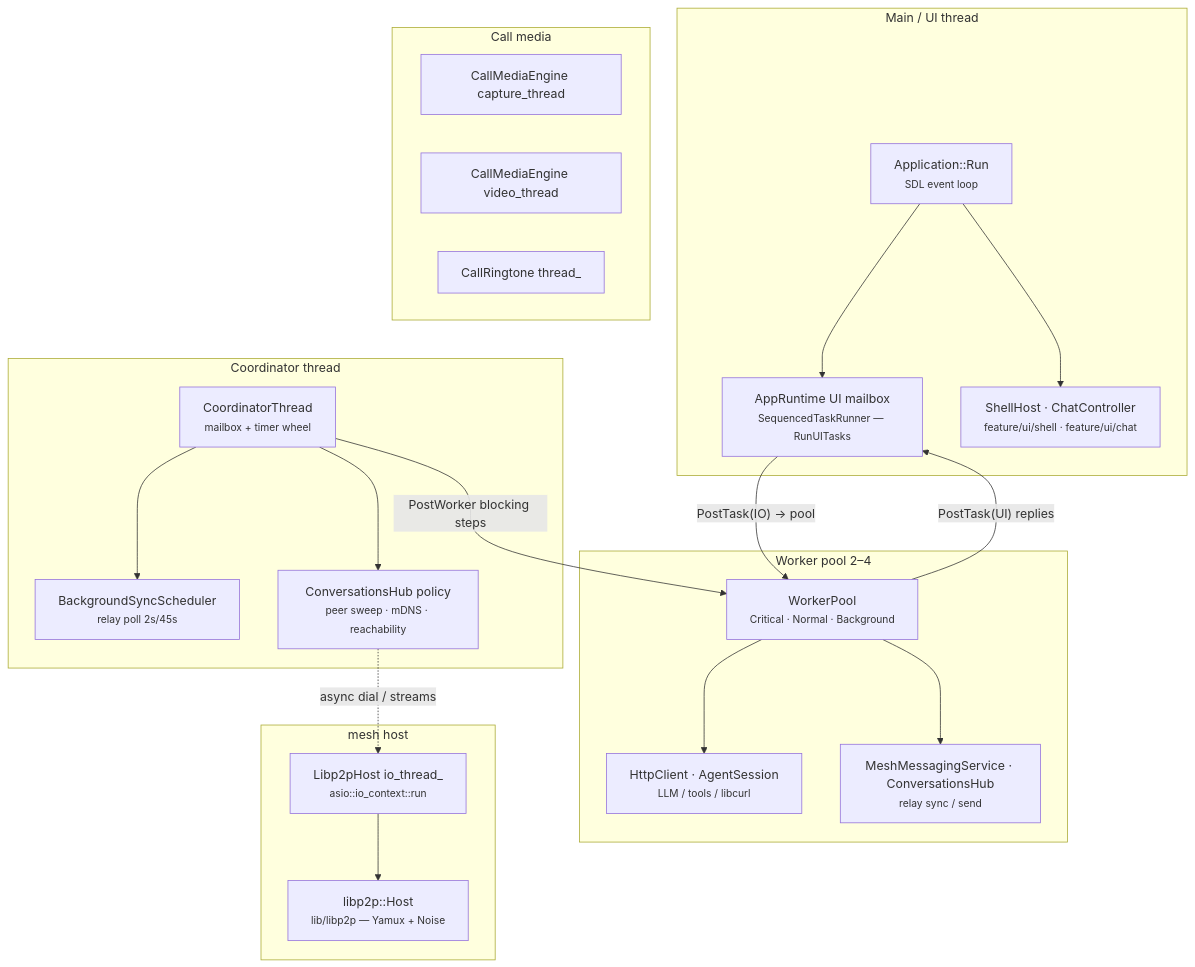
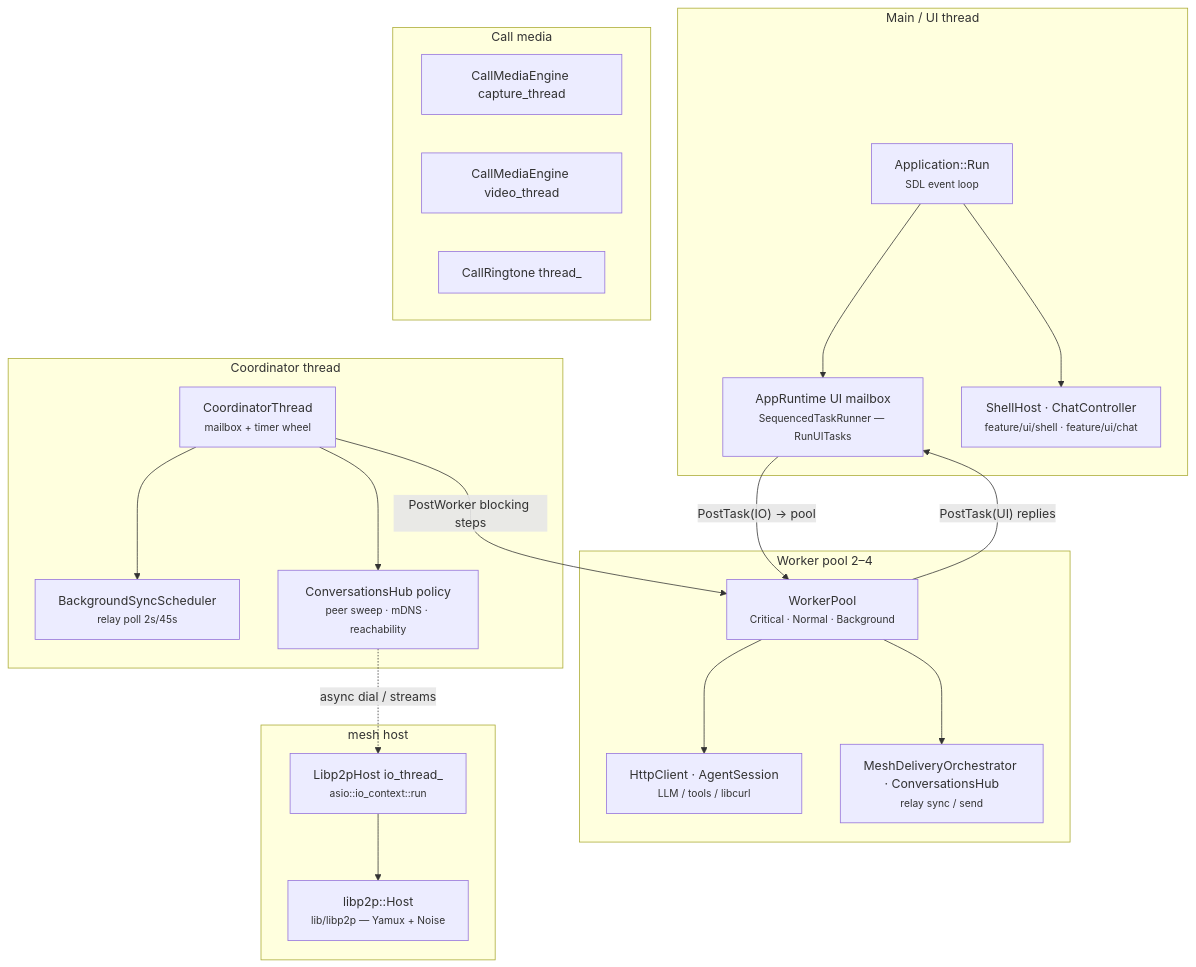
The fourth of 4 diagrams in docs/architecture/RUNTIME_COMPOSITION.md (people-post/pp-browser), drawn with Mermaid before and after one commit. The commit also changed other lines of this file and 184 other files, not shown here.

````diff
--- a/docs/architecture/RUNTIME_COMPOSITION.md
+++ b/docs/architecture/RUNTIME_COMPOSITION.md
@@ -235,43 +235,43 @@
 ```mermaid
 flowchart TB
   subgraph main["Main / UI thread"]
     SDL["Application::Run<br/><small>SDL event loop</small>"]
     UIQ["AppRuntime UI mailbox<br/><small>SequencedTaskRunner — RunUITasks</small>"]
     ShellTick["ShellHost · ChatController<br/><small>feature/ui/shell · feature/ui/chat</small>"]
     SDL --> UIQ
     SDL --> ShellTick
   end
 
   subgraph coord["Coordinator thread"]
     Coord["CoordinatorThread<br/><small>mailbox + timer wheel</small>"]
     RelayPoll["BackgroundSyncScheduler<br/><small>relay poll 2s/45s</small>"]
     HubPolicy["ConversationsHub policy<br/><small>peer sweep · mDNS · reachability</small>"]
     Coord --> RelayPoll
     Coord --> HubPolicy
   end
 
   subgraph pool["Worker pool 2–4"]
     Pool["WorkerPool<br/><small>Critical · Normal · Background</small>"]
     Http["HttpClient · AgentSession<br/><small>LLM / tools / libcurl</small>"]
-    P2pWork["MeshMessagingService · ConversationsHub<br/><small>relay sync / send</small>"]
+    P2pWork["MeshDeliveryOrchestrator · ConversationsHub<br/><small>relay sync / send</small>"]
     Pool --> Http
     Pool --> P2pWork
   end
 
   subgraph libp2p_stack["mesh host"]
     LpIo["Libp2pHost io_thread_<br/><small>asio::io_context::run</small>"]
     Host["libp2p::Host<br/><small>lib/libp2p — Yamux + Noise</small>"]
     LpIo --> Host
   end
 
   subgraph media_stack["Call media"]
     Cap["CallMediaEngine capture_thread"]
     Vid["CallMediaEngine video_thread"]
     Ring["CallRingtone thread_"]
   end
 
   UIQ -->|"PostTask(IO) → pool"| Pool
   Pool -->|"PostTask(UI) replies"| UIQ
   Coord -->|"PostWorker blocking steps"| Pool
   HubPolicy -.->|"async dial / streams"| LpIo
 ```
````
